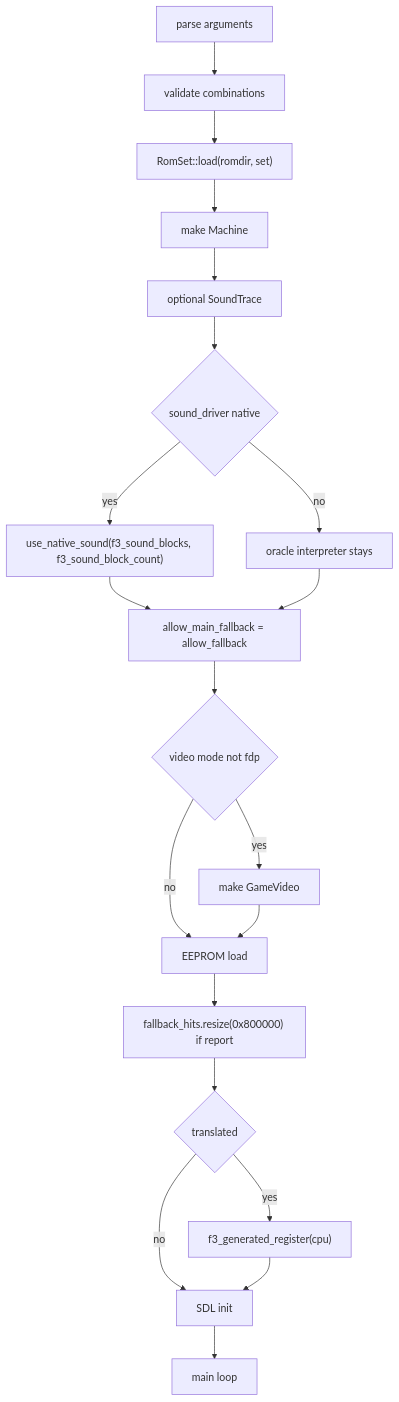
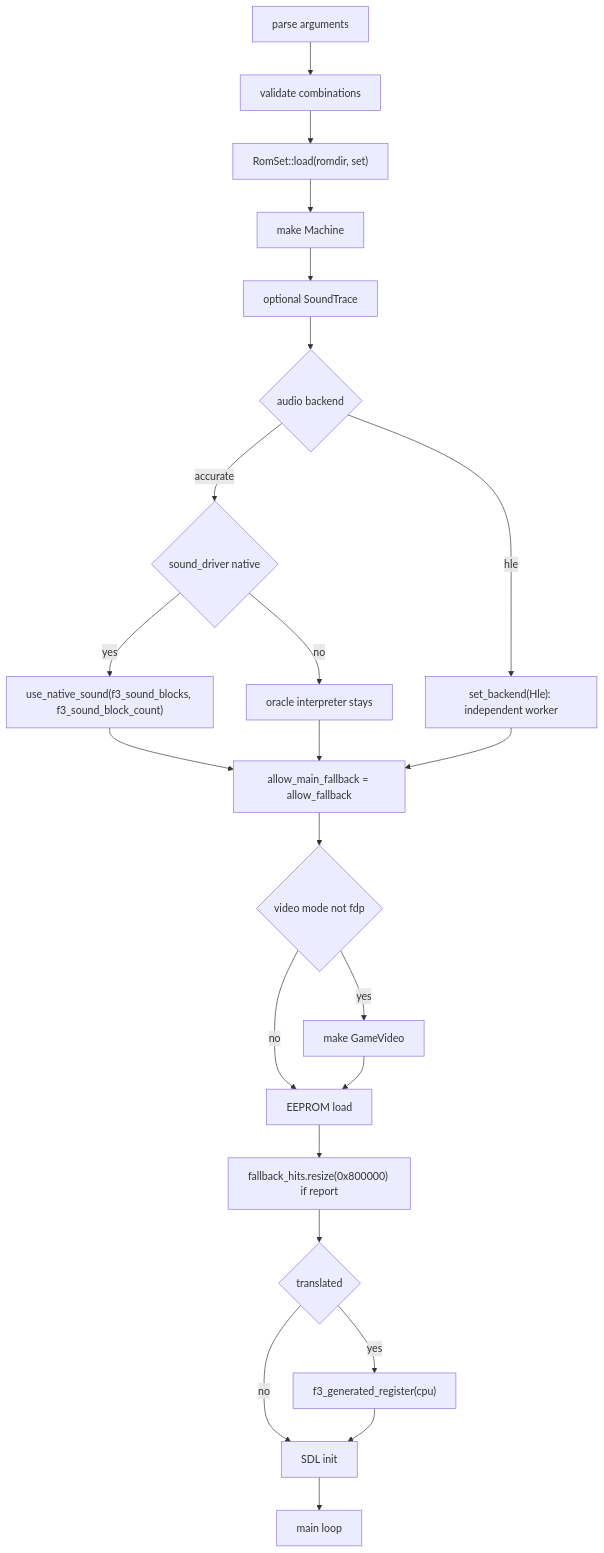
One commit to ansxor/f3-recomp changed the first of 2 diagrams in docs/site/developer/runtime/frontend.md. Above: the diagram before and after it, drawn with Mermaid. The commit also changed other lines of this file and 43 other files, not shown here.

Commit message:
Add opt-in threaded HLE audio with rollback reconciliation

````diff
--- a/docs/site/developer/runtime/frontend.md
+++ b/docs/site/developer/runtime/frontend.md
@@ -26,22 +28,25 @@
 ```mermaid
 flowchart TD
   A["parse arguments"] --> B["validate combinations"]
   B --> C["RomSet::load(romdir, set)"]
   C --> D["make Machine"]
   D --> E["optional SoundTrace"]
-  E --> F{"sound_driver native"}
-  F -- yes --> G["use_native_sound(f3_sound_blocks, f3_sound_block_count)"]
-  F -- no --> H["oracle interpreter stays"]
+  E --> F{"audio backend"}
+  F -- hle --> W["set_backend(Hle): independent worker"]
+  F -- accurate --> S{"sound_driver native"}
+  S -- yes --> G["use_native_sound(f3_sound_blocks, f3_sound_block_count)"]
+  S -- no --> H["oracle interpreter stays"]
   G --> I["allow_main_fallback = allow_fallback"]
   H --> I
+  W --> I
   I --> J{"video mode not fdp"}
   J -- yes --> K["make GameVideo"]
   J -- no --> L["EEPROM load"]
   K --> L
   L --> M["fallback_hits.resize(0x800000) if report"]
   M --> N{"translated"}
   N -- yes --> O["f3_generated_register(cpu)"]
   N -- no --> P["SDL init"]
   O --> P
   P --> Q["main loop"]
 ```
````
